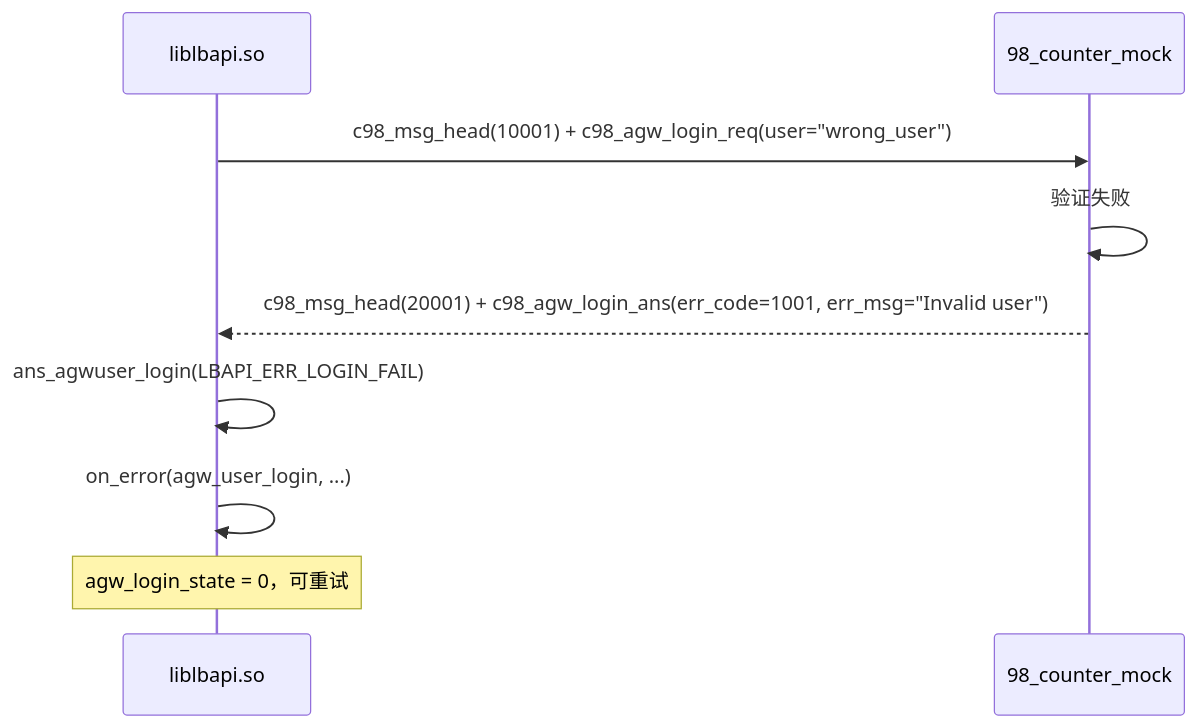
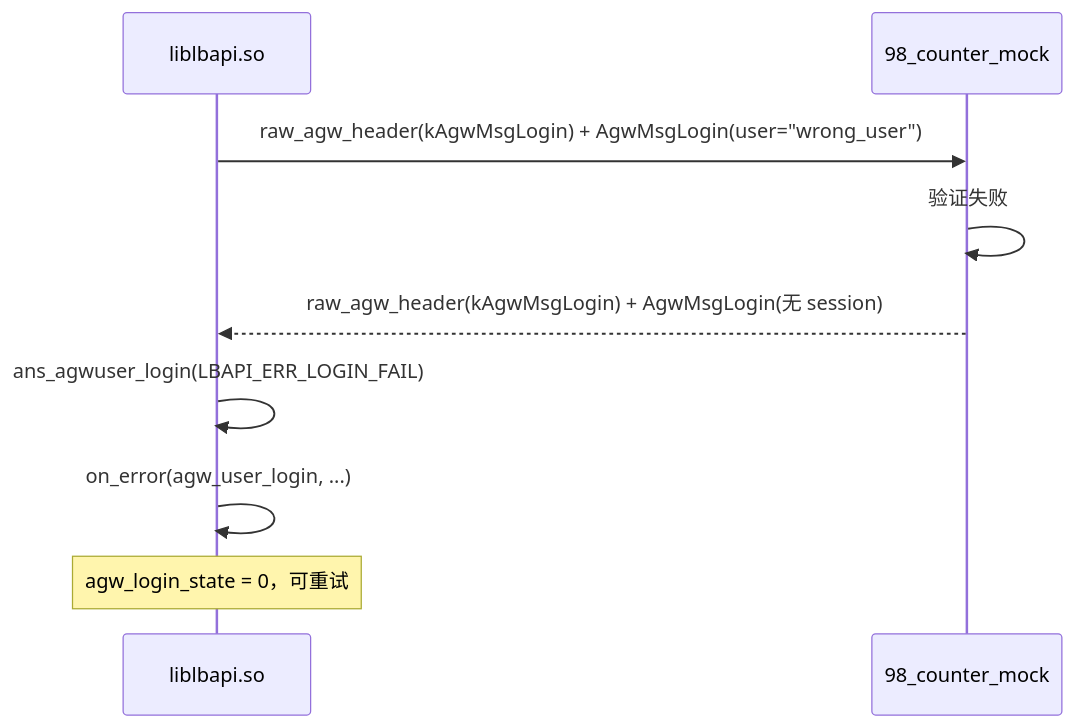
The third of 6 diagrams in trunk/NewAPI/gone/api/mock/98_counter/98_counter_mock_design.md (lishengze/server_9), drawn with Mermaid before and after one commit. The commit also changed other lines of this file and 362 other files, not shown here.

````diff
--- a/trunk/NewAPI/gone/api/mock/98_counter/98_counter_mock_design.md
+++ b/trunk/NewAPI/gone/api/mock/98_counter/98_counter_mock_design.md
@@ -439,12 +496,12 @@
 ```mermaid
 sequenceDiagram
     participant API as liblbapi.so
     participant Mock as 98_counter_mock
     
-    API->>Mock: c98_msg_head(10001) + c98_agw_login_req(user="wrong_user")
+    API->>Mock: raw_agw_header(kAgwMsgLogin) + AgwMsgLogin(user="wrong_user")
     Mock->>Mock: 验证失败
-    Mock-->>API: c98_msg_head(20001) + c98_agw_login_ans(err_code=1001, err_msg="Invalid user")
+    Mock-->>API: raw_agw_header(kAgwMsgLogin) + AgwMsgLogin(无 session)
     API->>API: ans_agwuser_login(LBAPI_ERR_LOGIN_FAIL)
     API->>API: on_error(agw_user_login, ...)
     Note over API: agw_login_state = 0，可重试
 ```
````
